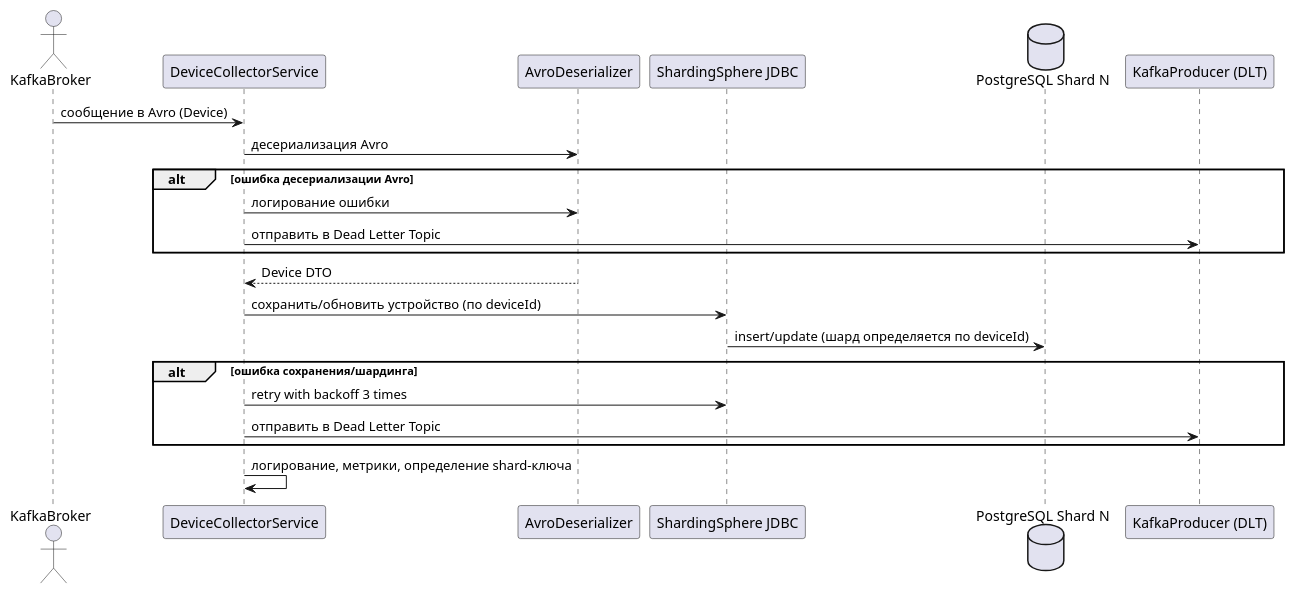
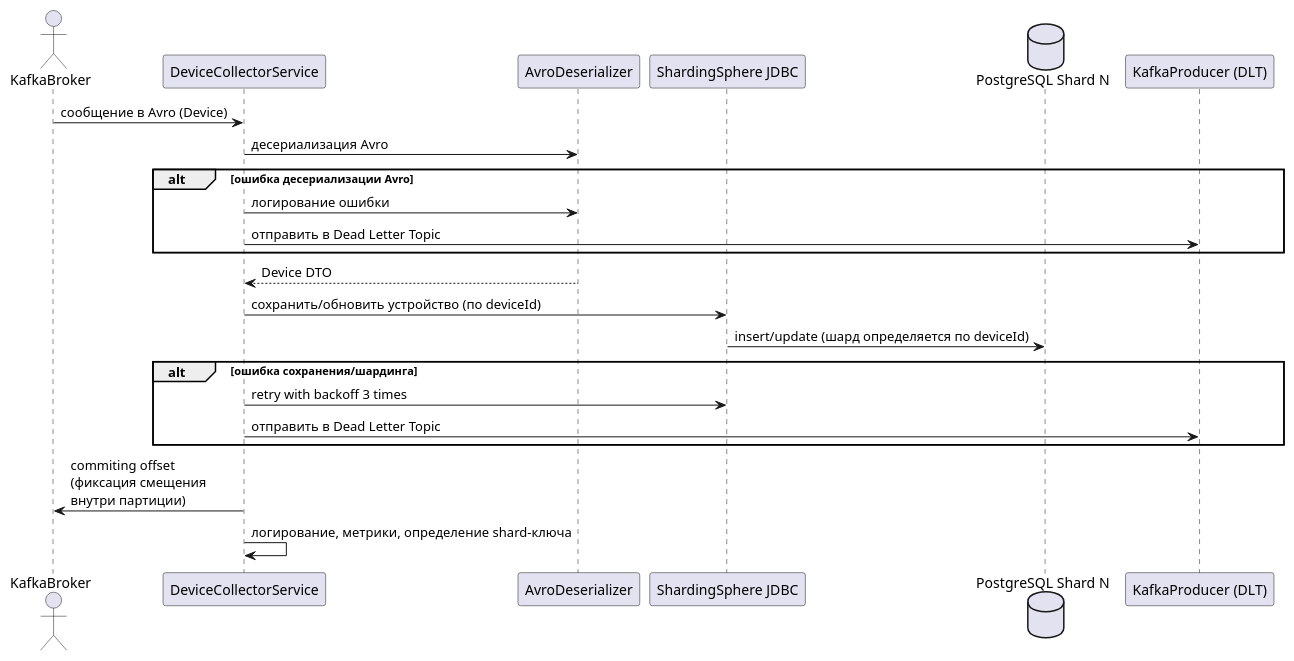
The diagram in diagrams/dcs-diagrams/dcs_sequence_diagram.puml (Ussopmm/iot-platform), drawn with PlantUML before and after one commit. The commit also changed 36 other files, not shown here.

```diff
--- a/diagrams/dcs-diagrams/dcs_sequence_diagram.puml
+++ b/diagrams/dcs-diagrams/dcs_sequence_diagram.puml
@@ -1,23 +1,25 @@
 @startuml
 actor KafkaBroker
 participant "DeviceCollectorService" as DCS
 participant "AvroDeserializer" as AVRO
 participant "ShardingSphere JDBC" as SSJDBC
 database "PostgreSQL Shard N" as PGN
 participant "KafkaProducer (DLT)" as KP
 
 KafkaBroker -> DCS : сообщение в Avro (Device)
 DCS -> AVRO : десериализация Avro
 alt ошибка десериализации Avro
     DCS -> AVRO : логирование ошибки
     DCS -> KP : отправить в Dead Letter Topic
 end
 AVRO --> DCS : Device DTO
 DCS -> SSJDBC : сохранить/обновить устройство (по deviceId)
 SSJDBC -> PGN : insert/update (шард определяется по deviceId)
 alt ошибка сохранения/шардинга
     DCS -> SSJDBC : retry with backoff 3 times
     DCS -> KP : отправить в Dead Letter Topic
 end
+DCS -> KafkaBroker : commiting offset\n(фиксация смещения\nвнутри партиции)
+
 DCS -> DCS : логирование, метрики, определение shard-ключа
 @enduml
```
